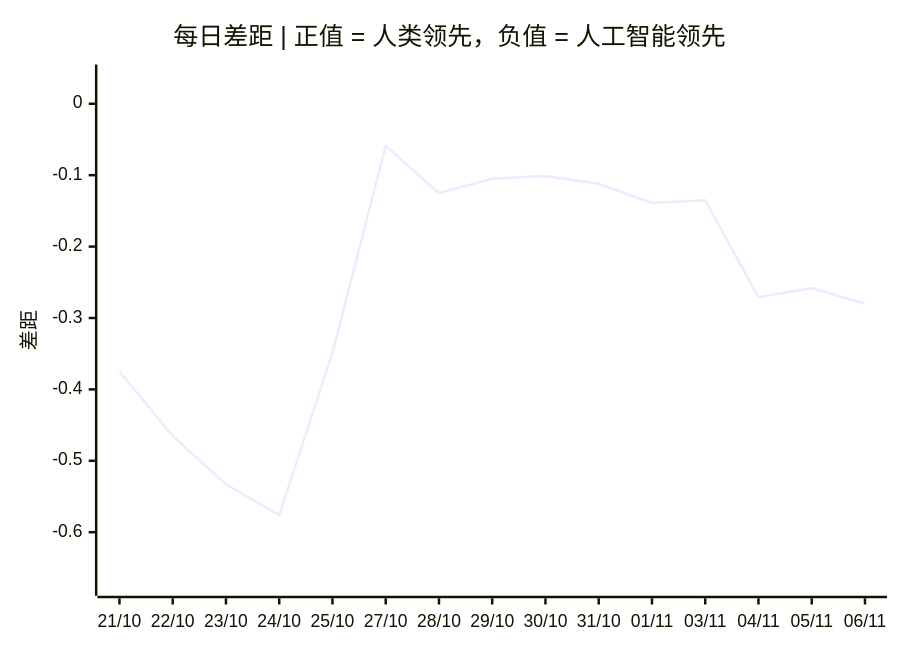
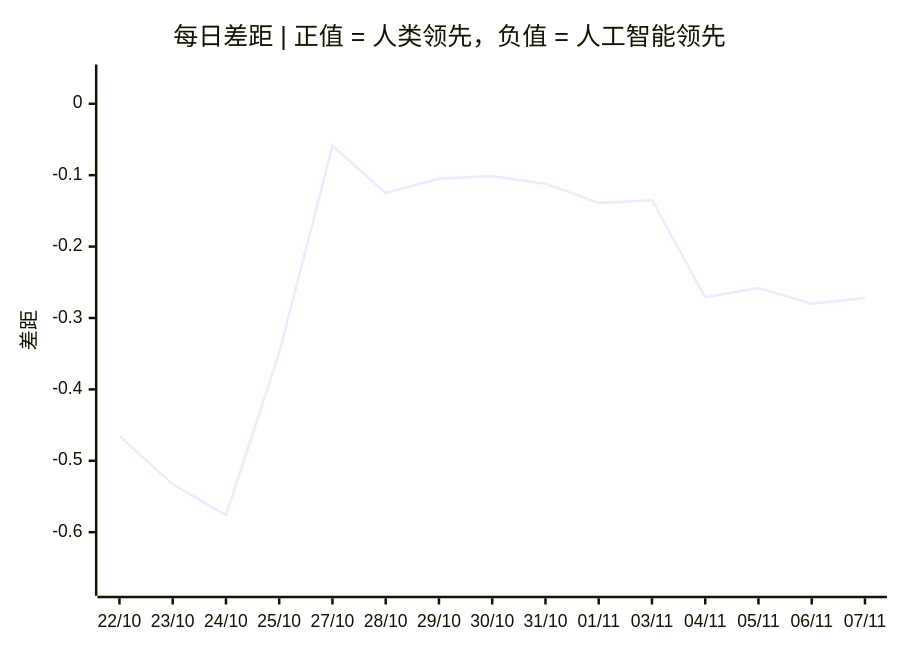
The third of 3 diagrams in README.zh.md (VQQLK/Human-AI-Monitor), drawn with Mermaid before and after one commit. The commit also changed other lines of this file and 3 other files, not shown here.

````diff
--- a/README.zh.md
+++ b/README.zh.md
@@ -56,7 +56,7 @@
 ```mermaid
 xychart-beta
     title "每日差距 | 正值 = 人类领先，负值 = 人工智能领先"
-    x-axis ["21/10", "22/10", "23/10", "24/10", "25/10", "27/10", "28/10", "29/10", "30/10", "31/10", "01/11", "03/11", "04/11", "05/11", "06/11"]
+    x-axis ["22/10", "23/10", "24/10", "25/10", "27/10", "28/10", "29/10", "30/10", "31/10", "01/11", "03/11", "04/11", "05/11", "06/11", "07/11"]
     y-axis "差距" -0.675 --> 0.041
-    line [-0.375, -0.465, -0.533, -0.576, -0.349, -0.059, -0.125, -0.105, -0.101, -0.112, -0.139, -0.135, -0.271, -0.258, -0.280]
+    line [-0.465, -0.533, -0.576, -0.349, -0.059, -0.125, -0.105, -0.101, -0.112, -0.139, -0.135, -0.271, -0.258, -0.280, -0.272]
 ```
````
